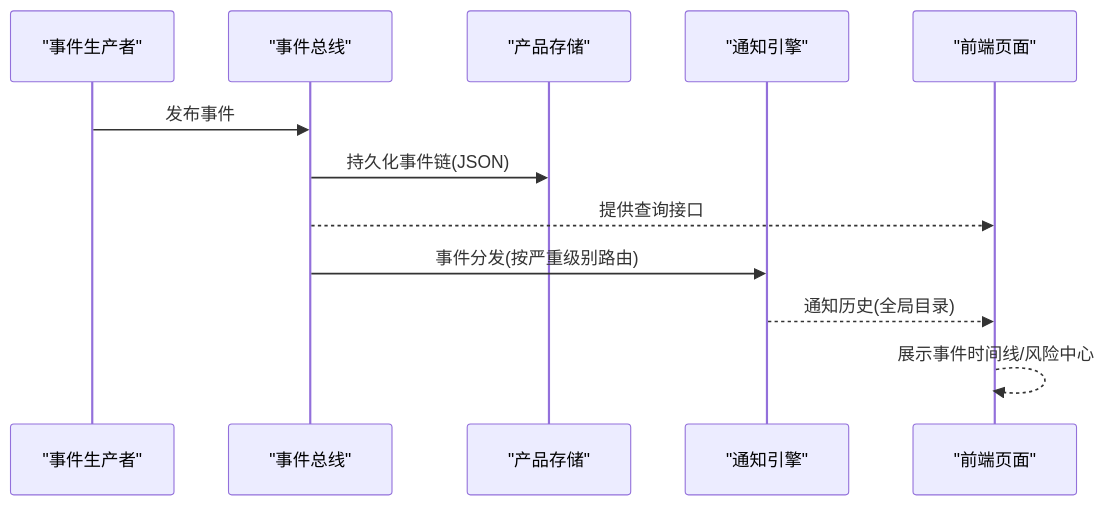
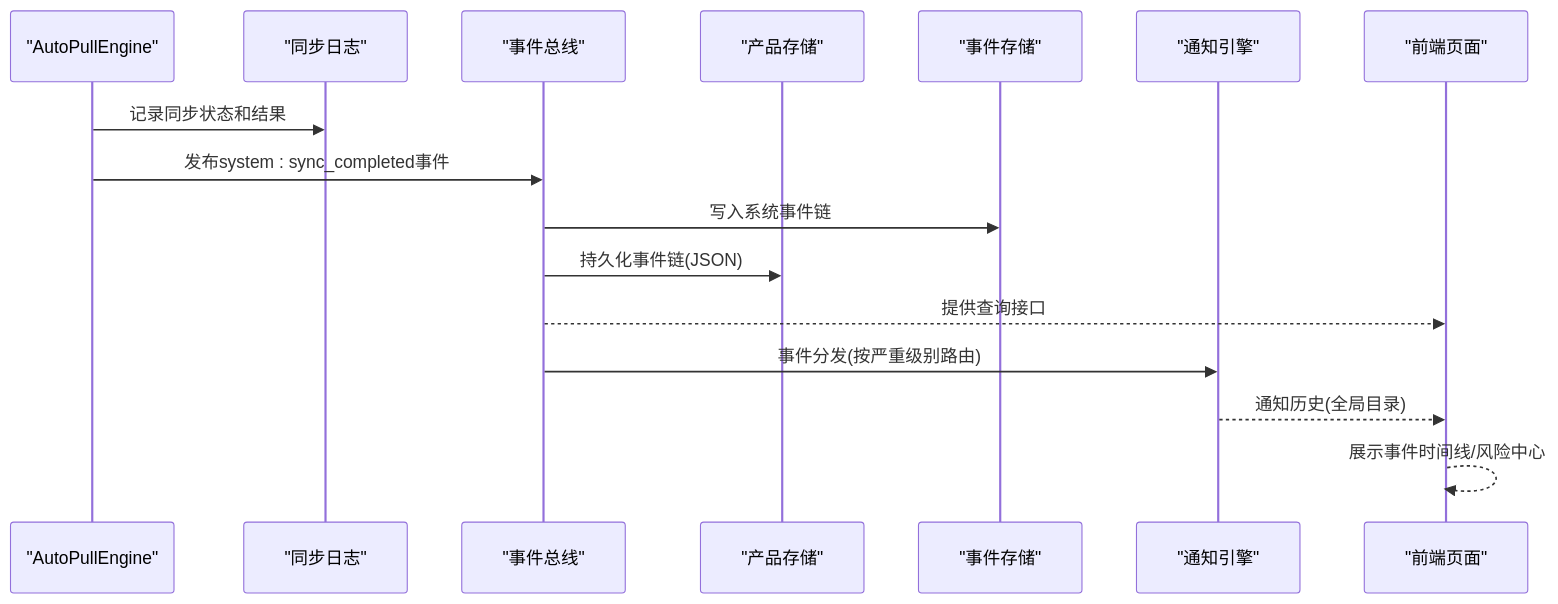
The second of 10 diagrams in .qoder/repowiki/zh/content/监控与运维/日志管理.md (angledick/-), drawn with Mermaid before and after one commit. The commit also changed other lines of this file and 770 other files, not shown here.

````diff
--- a/.qoder/repowiki/zh/content/监控与运维/日志管理.md
+++ b/.qoder/repowiki/zh/content/监控与运维/日志管理.md
@@ -96,14 +129,18 @@
 ```mermaid
 sequenceDiagram
-participant Producer as "事件生产者"
+participant Engine as "AutoPullEngine"
+participant Logger as "同步日志"
 participant Bus as "事件总线"
 participant Store as "产品存储"
+participant EventStore as "事件存储"
 participant Noti as "通知引擎"
 participant UI as "前端页面"
-Producer->>Bus : 发布事件
+Engine->>Logger : 记录同步状态和结果
+Engine->>Bus : 发布system : sync_completed事件
+Bus->>EventStore : 写入系统事件链
 Bus->>Store : 持久化事件链(JSON)
 Bus-->>UI : 提供查询接口
 Bus->>Noti : 事件分发(按严重级别路由)
 Noti-->>UI : 通知历史(全局目录)
 UI-->>UI : 展示事件时间线/风险中心
 ```
````
